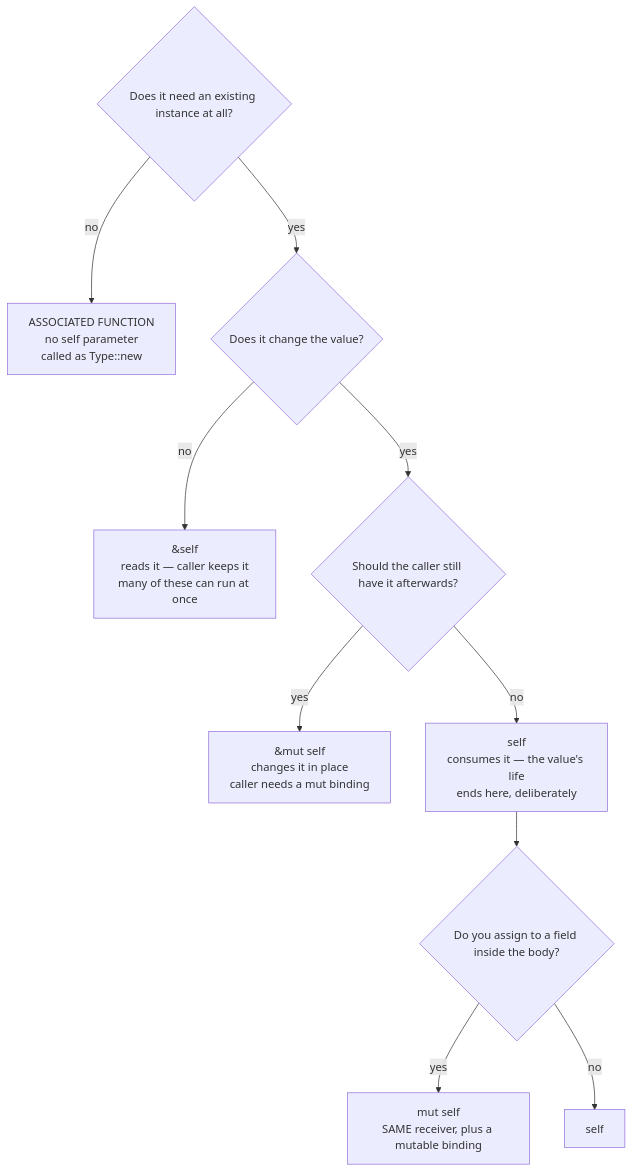
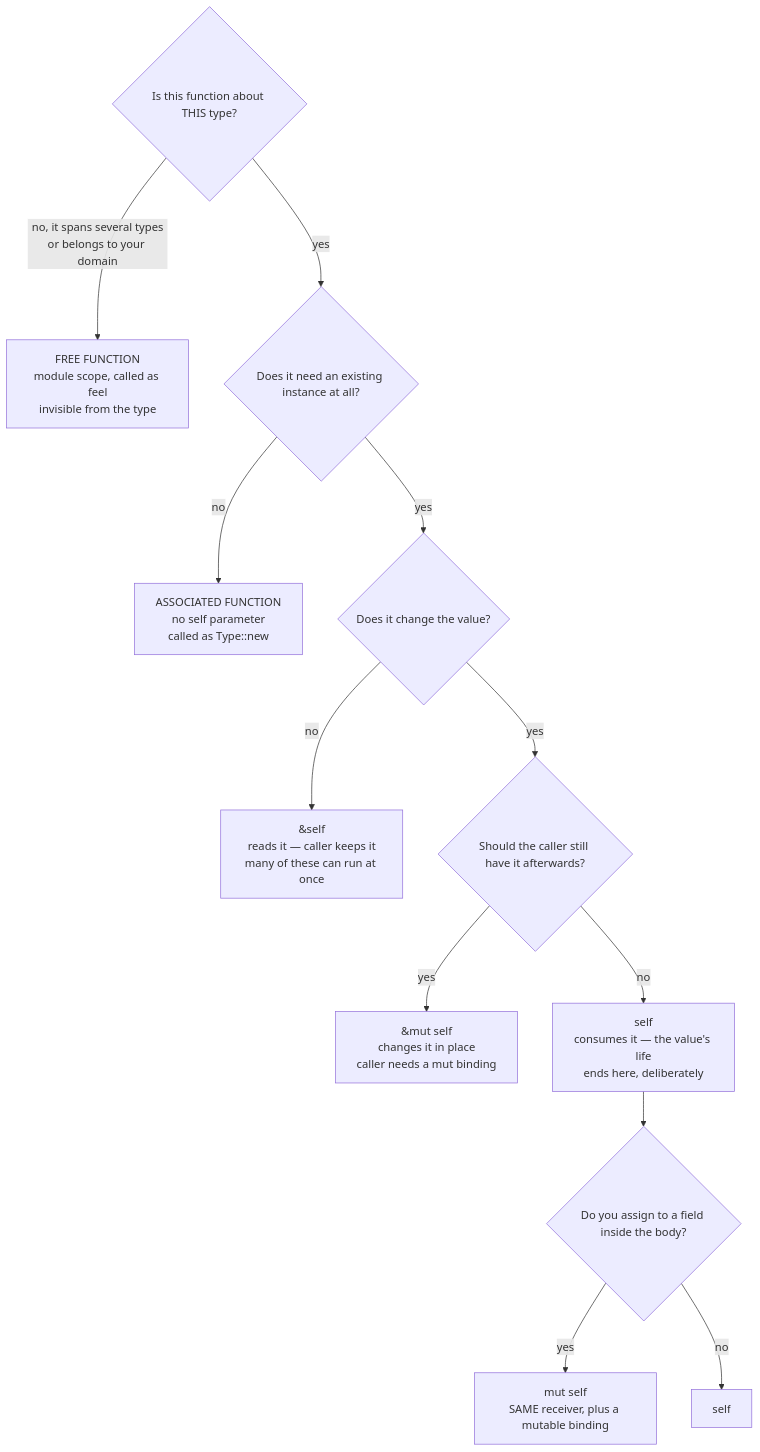
Before and after one commit to masiarek/rust-learning-library: the third of 4 diagrams in STRUCTS.md, drawn with Mermaid. The commit also changed other lines of this file, not shown here.

Commit message:
Add the free-function branch to the receiver diagram
Adam asked what separates a free `feel()` from a method `feel_good()`,
citing a doc titled 'associated function vs regular function' — but the
code it showed contained no associated function at all. The diagram had
the same hole: it started at 'does it need an existing instance', which
silently assumes the function belongs to the type.

It is a three-way choice, and the missing branch is the one that answers
the question. A free function returning a Feelings and doing nothing
else is an associated function written in the wrong place: the behaviour
is identical, but Feelings::new() is found by typing 'Feelings::',
appears in the type's rustdoc, and can satisfy a trait requirement,
while a free feel() does none of the three.

mkdocs build --strict clean; four mermaid blocks still render.

````diff
--- a/STRUCTS.md
+++ b/STRUCTS.md
@@ -93,13 +93,15 @@
 ```mermaid
 flowchart TD
-    A{"Does it need an existing instance at all?"}
+    Z{"Is this function about THIS type?"}
+    Z -- "no, it spans several types<br/>or belongs to your domain" --> FF["FREE FUNCTION<br/>module scope, called as feel<br/>invisible from the type"]
+    Z -- yes --> A{"Does it need an existing instance at all?"}
     A -- no --> AF["ASSOCIATED FUNCTION<br/>no self parameter<br/>called as Type::new"]
     A -- yes --> B{"Does it change the value?"}
     B -- no --> R1["&self<br/>reads it — caller keeps it<br/>many of these can run at once"]
     B -- yes --> C{"Should the caller still have it afterwards?"}
     C -- yes --> R2["&mut self<br/>changes it in place<br/>caller needs a mut binding"]
     C -- no --> R3["self<br/>consumes it — the value's life<br/>ends here, deliberately"]
     R3 --> D{"Do you assign to a field inside the body?"}
     D -- yes --> R4["mut self<br/>SAME receiver, plus a mutable binding"]
     D -- no --> R5["self"]
 ```
````
